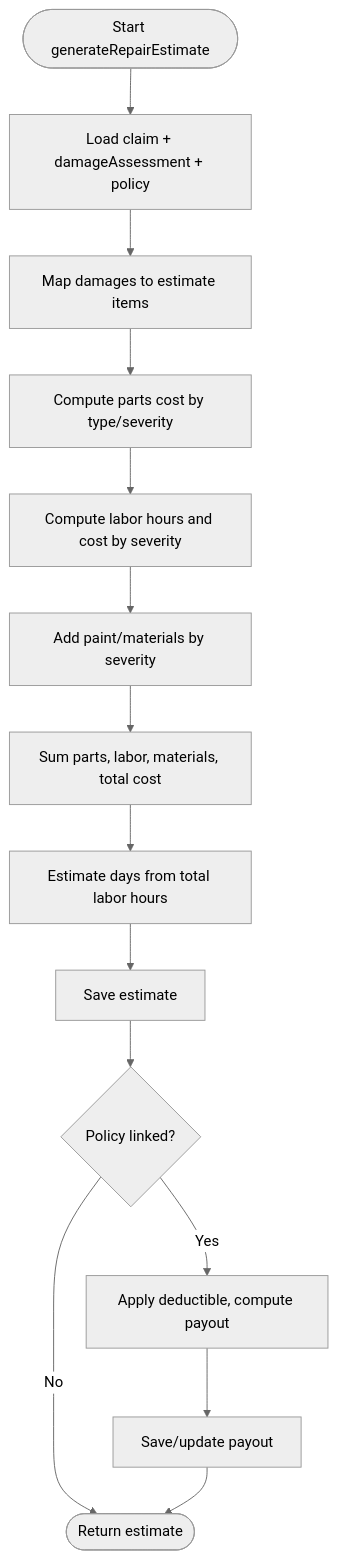
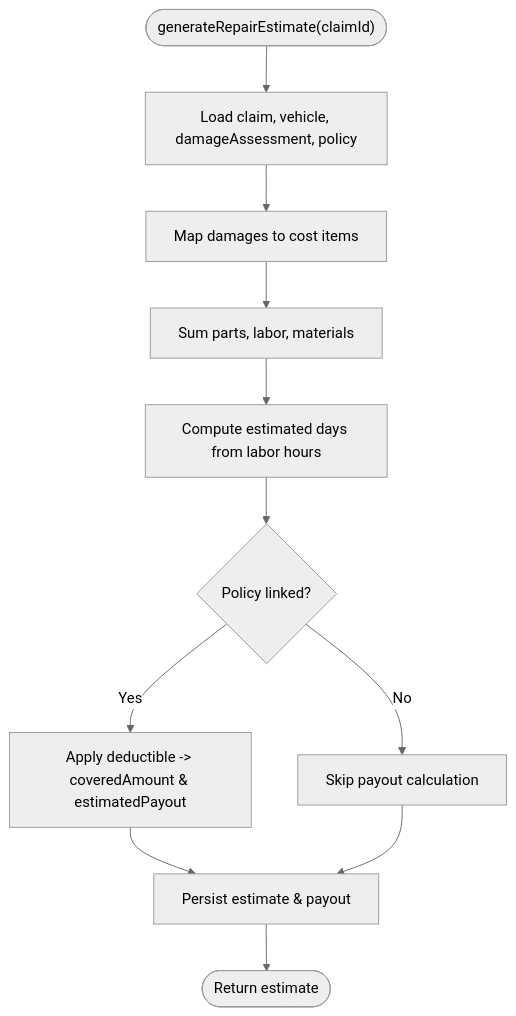
One commit to NaveenHiranya/Smart-Vehicle-Insurance-Claim-System changed the eighth of 10 diagrams in .qoder/repowiki/en/content/AI Services Integration/AI Services Integration.md. Above: the diagram before and after it, drawn with Mermaid (neutral theme). The commit also changed other lines of this file and 183 other files, not shown here.

````diff
--- a/.qoder/repowiki/en/content/AI Services Integration/AI Services Integration.md
+++ b/.qoder/repowiki/en/content/AI Services Integration/AI Services Integration.md
@@ -251,16 +236,13 @@
 ```mermaid
 flowchart TD
-Start(["Start generateRepairEstimate"]) --> LoadClaim["Load claim + damageAssessment + policy"]
-LoadClaim --> MapDamages["Map damages to estimate items"]
-MapDamages --> CalcParts["Compute parts cost by type/severity"]
-CalcParts --> CalcLabor["Compute labor hours and cost by severity"]
-CalcLabor --> AddMaterials["Add paint/materials by severity"]
-AddMaterials --> SumTotals["Sum parts, labor, materials, total cost"]
-SumTotals --> EstimateDays["Estimate days from total labor hours"]
-EstimateDays --> Persist["Save estimate"]
-Persist --> Payout{"Policy linked?"}
-Payout -- Yes --> CalcPayout["Apply deductible, compute payout"]
-Payout -- No --> End(["Return estimate"])
-CalcPayout --> PersistPayout["Save/update payout"]
-PersistPayout --> End
+Start(["generateRepairEstimate(claimId)"]) --> Load["Load claim, vehicle, damageAssessment, policy"]
+Load --> MapDamages["Map damages to cost items"]
+MapDamages --> SumTotals["Sum parts, labor, materials"]
+SumTotals --> Days["Compute estimated days from labor hours"]
+Days --> Payout{"Policy linked?"}
+Payout --> |Yes| ApplyDeductible["Apply deductible -> coveredAmount & estimatedPayout"]
+Payout --> |No| SkipPayout["Skip payout calculation"]
+ApplyDeductible --> Save["Persist estimate & payout"]
+SkipPayout --> Save
+Save --> End(["Return estimate"])
 ```
````
